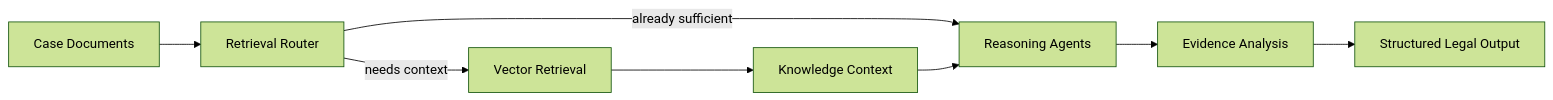
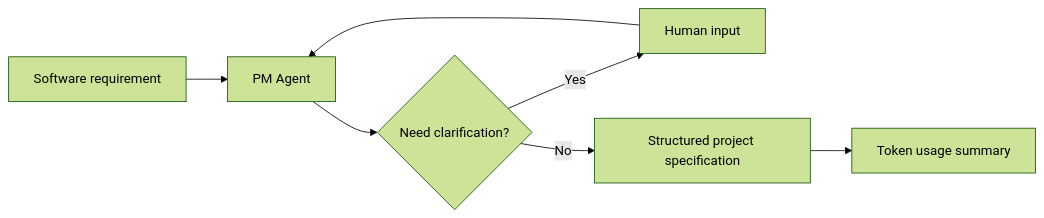
Before and after one commit to GovindGoel1401/GovindGoel1401: the diagram in README.md, drawn with Mermaid (forest theme). The commit also changed other lines of this file, not shown here.

````diff
--- a/README.md
+++ b/README.md
@@ -48,10 +80,9 @@
 ```mermaid
 flowchart LR
-    A[Case Documents] --> B[Retrieval Router]
-    B -->|needs context| C[Vector Retrieval]
-    B -->|already sufficient| E
-    C --> D[Knowledge Context]
-    D --> E[Reasoning Agents]
-    E --> F[Evidence Analysis]
-    F --> G[Structured Legal Output]
+    A[Software requirement] --> B[PM Agent]
+    B --> C{Need clarification?}
+    C -->|Yes| D[Human input]
+    D --> B
+    C -->|No| E[Structured project specification]
+    E --> F[Token usage summary]
 ```
````
